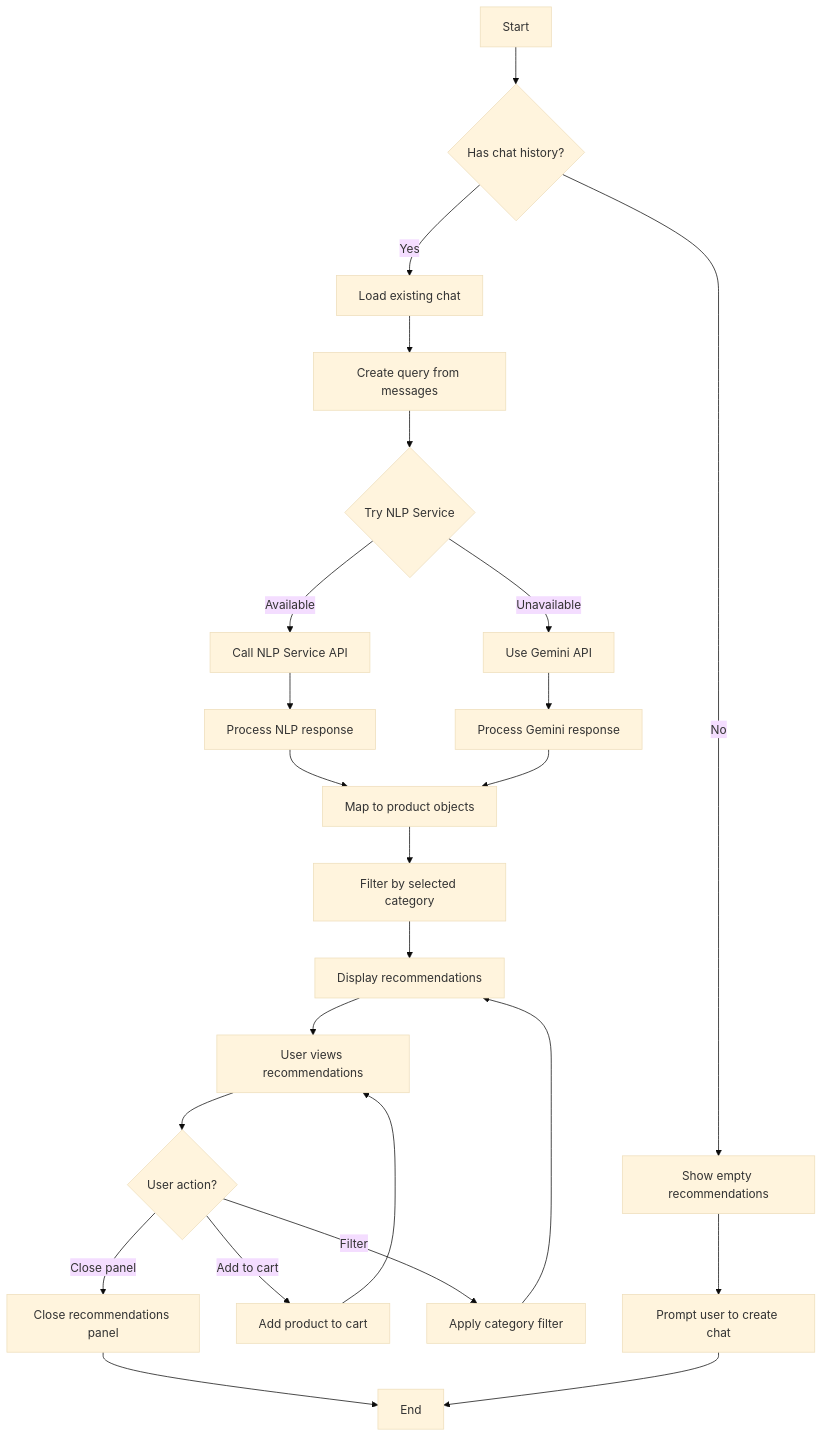
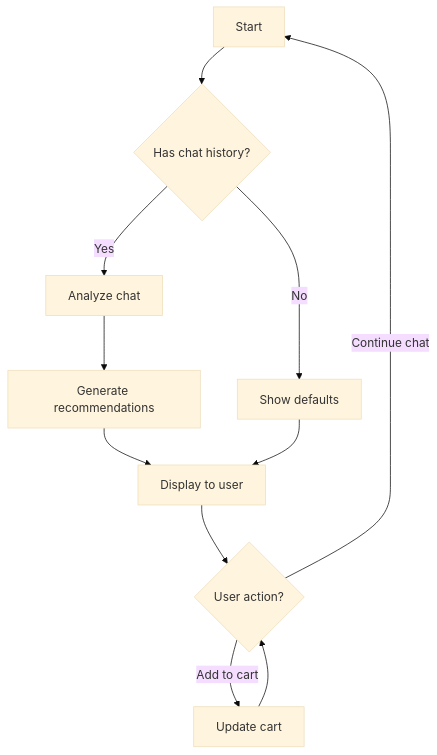
The fifth of 7 diagrams in documentation/digram.md (Gauravkrsah/Cropsay), drawn with Mermaid (base theme) before and after one commit. The commit also changed other lines of this file, not shown here.

Commit message:
Simplify and clean up system diagrams for better readability

````diff
--- a/documentation/digram.md
+++ b/documentation/digram.md
@@ -418,32 +166,13 @@
 ```mermaid
 graph TD
     A[Start] --> B{Has chat history?}
-    B -->|No| C[Show empty recommendations]
-    B -->|Yes| D[Load existing chat]
-    D --> E[Create query from messages]
-    E --> F{Try NLP Service}
-    
-    F -->|Available| G[Call NLP Service API]
-    F -->|Unavailable| H[Use Gemini API]
-    
-    G --> I[Process NLP response]
-    H --> J[Process Gemini response]
-    
-    I --> K[Map to product objects]
-    J --> K
-    
-    K --> L[Filter by selected category]
-    L --> M[Display recommendations]
-    C --> N[Prompt user to create chat]
-    M --> O[User views recommendations]
-    
-    O --> P{User action?}
-    P -->|Add to cart| Q[Add product to cart]
-    P -->|Filter| R[Apply category filter]
-    P -->|Close panel| S[Close recommendations panel]
-    
-    Q --> O
-    R --> M
-    S --> T[End]
-    N --> T
+    B -->|No| C[Show defaults]
+    B -->|Yes| D[Analyze chat]
+    D --> E[Generate recommendations]
+    E --> F[Display to user]
+    C --> F
+    F --> G{User action?}
+    G -->|Add to cart| H[Update cart]
+    G -->|Continue chat| A
+    H --> G
 ```
````
